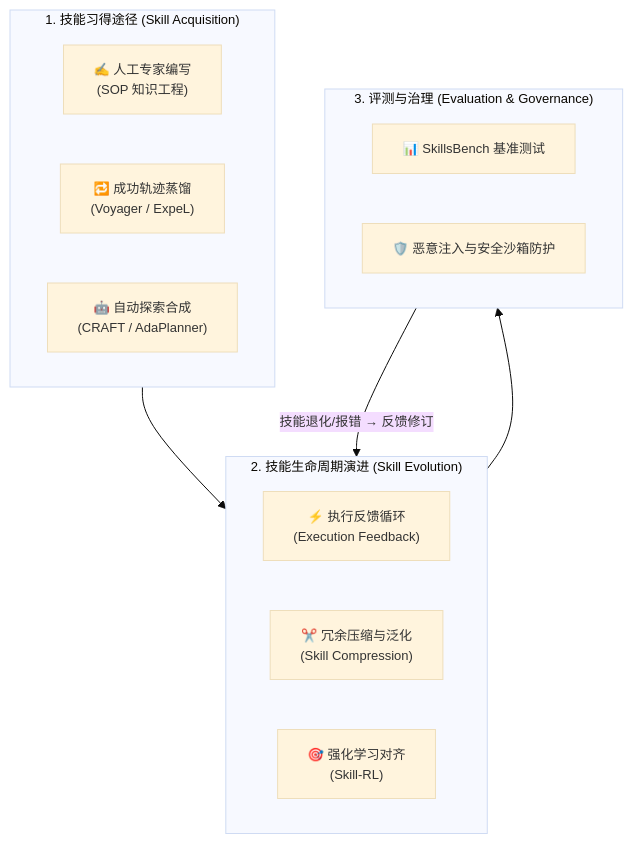
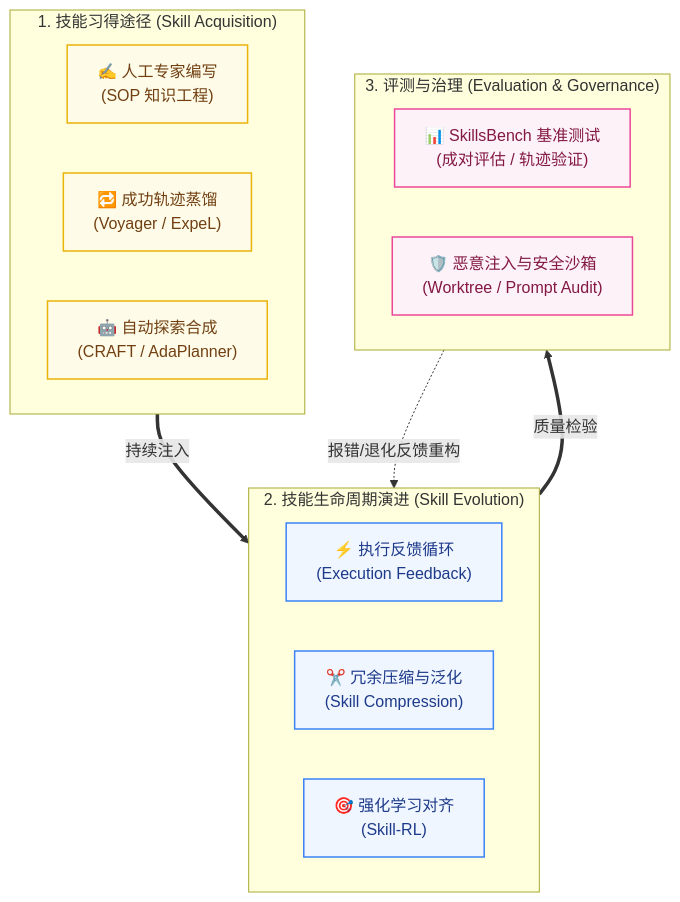
Diagram 19 of 50 in _posts/research/2026-03-05-AI-Agent-Survey.md (TingdeLiu/tingdeliu.github.io), drawn with Mermaid before and after one commit. The commit also changed other lines of this file, not shown here.

Commit message:
docs(agent): reformat 6.5 degrees of freedom and 6.6 lifecycle diagrams to vertical layout with large font

````diff
--- a/_posts/research/2026-03-05-AI-Agent-Survey.md
+++ b/_posts/research/2026-03-05-AI-Agent-Survey.md
@@ -1232,24 +1234,35 @@
 ```mermaid
-%%{init: {'theme': 'base', 'themeVariables': { 'fontSize': '13px'}}}%%
+%%{init: {'theme': 'base', 'themeVariables': { 'fontSize': '14px', 'fontFamily': '-apple-system, BlinkMacSystemFont, "Segoe UI", Roboto, Helvetica, Arial, sans-serif'}}}%%
 flowchart TB
     subgraph ACQUISITION ["1. 技能习得途径 (Skill Acquisition)"]
+        direction LR
         H1["✍️ 人工专家编写\n(SOP 知识工程)"]
         H2["🔁 成功轨迹蒸馏\n(Voyager / ExpeL)"]
         H3["🤖 自动探索合成\n(CRAFT / AdaPlanner)"]
     end
 
     subgraph EVOLUTION ["2. 技能生命周期演进 (Skill Evolution)"]
+        direction LR
         E1["⚡ 执行反馈循环\n(Execution Feedback)"]
         E2["✂️ 冗余压缩与泛化\n(Skill Compression)"]
         E3["🎯 强化学习对齐\n(Skill-RL)"]
     end
 
     subgraph EVALUATION ["3. 评测与治理 (Evaluation & Governance)"]
-        V1["📊 SkillsBench 基准测试"]
-        V2["🛡️ 恶意注入与安全沙箱防护"]
+        direction LR
+        V1["📊 SkillsBench 基准测试\n(成对评估 / 轨迹验证)"]
+        V2["🛡️ 恶意注入与安全沙箱\n(Worktree / Prompt Audit)"]
     end
 
-    ACQUISITION --> EVOLUTION
-    EVOLUTION --> EVALUATION
-    EVALUATION -->|"技能退化/报错 → 反馈修订"| EVOLUTION
+    ACQUISITION ==>|持续注入| EVOLUTION
+    EVOLUTION ==>|质量检验| EVALUATION
+    EVALUATION -.->|报错/退化反馈重构| EVOLUTION
+
+    classDef clsAcq fill:#fefce8,stroke:#eab308,stroke-width:1.5px,color:#713f12;
+    classDef clsEvo fill:#eff6ff,stroke:#3b82f6,stroke-width:1.5px,color:#1e3a8a;
+    classDef clsEva fill:#fdf2f8,stroke:#ec4899,stroke-width:1.5px,color:#831843;
+
+    class H1,H2,H3 clsAcq;
+    class E1,E2,E3 clsEvo;
+    class V1,V2 clsEva;
 ```
````
